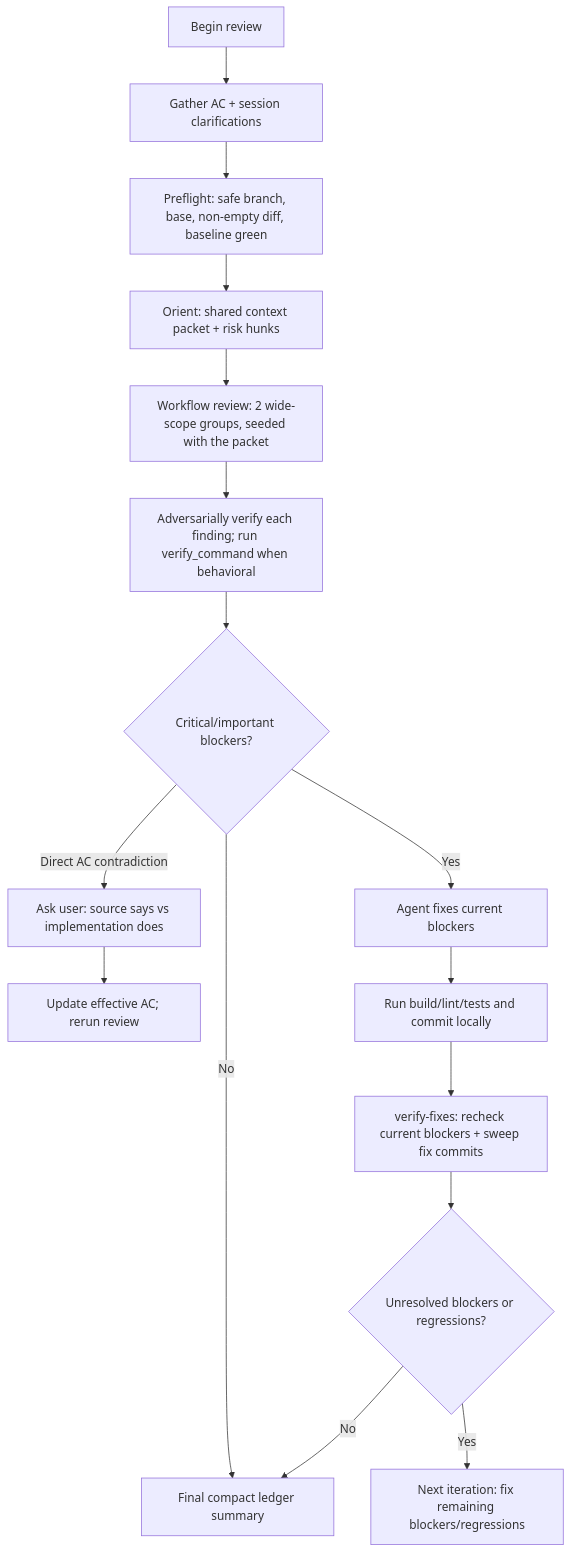
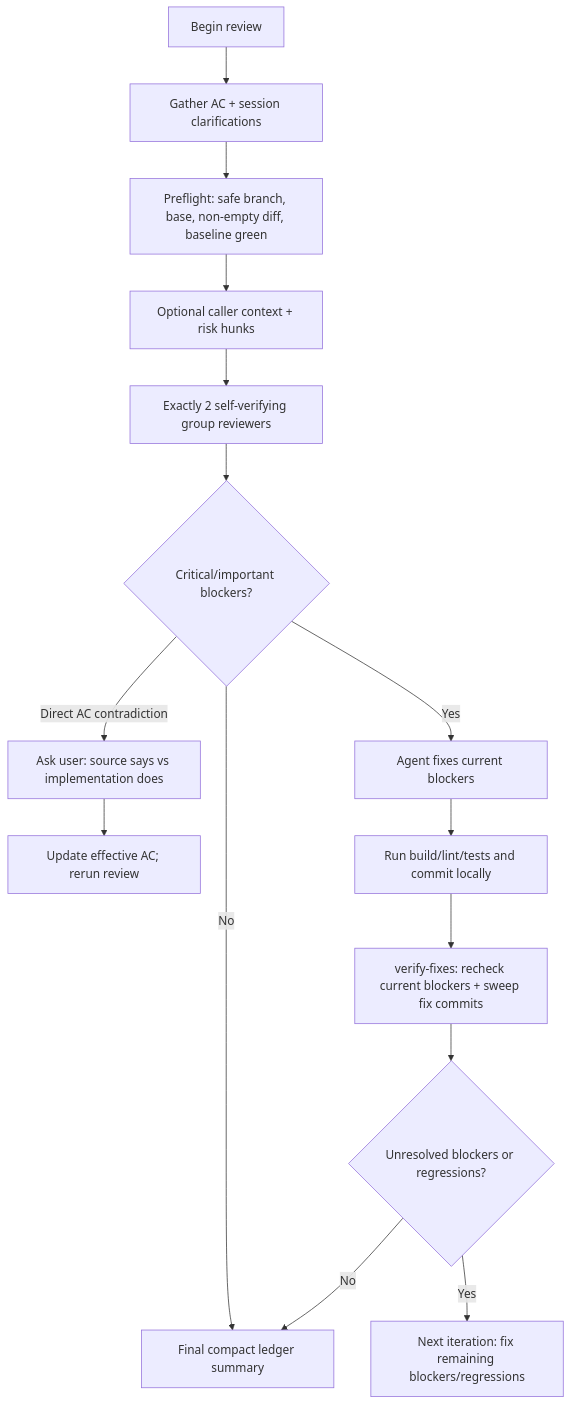
Before and after one commit to lzehrung/review-until-clean-odw: the diagram in README.md, drawn with Mermaid. The commit also changed other lines of this file and 3 other files, not shown here.

Commit message:
fix: constrain review workflow to two agents

````diff
--- a/README.md
+++ b/README.md
@@ -65,18 +67,17 @@
 ```mermaid
 flowchart TB
   S[Begin review] --> A[Gather AC + session clarifications]
   A --> B[Preflight: safe branch, base, non-empty diff, baseline green]
-  B --> C[Orient: shared context packet + risk hunks]
-  C --> C2[Workflow review: 2 wide-scope groups, seeded with the packet]
-  C2 --> D[Adversarially verify each finding; run verify_command when behavioral]
+  B --> C[Optional caller context + risk hunks]
+  C --> D[Exactly 2 self-verifying group reviewers]
   D --> E{Critical/important blockers?}
   E -- No --> Z[Final compact ledger summary]
   E -- Direct AC contradiction --> H[Ask user: source says vs implementation does]
   H --> H2[Update effective AC; rerun review]
   E -- Yes --> F[Agent fixes current blockers]
   F --> G[Run build/lint/tests and commit locally]
   G --> I[verify-fixes: recheck current blockers + sweep fix commits]
   I --> J{Unresolved blockers or regressions?}
   J -- Yes --> K[Next iteration: fix remaining blockers/regressions]
   J -- No --> Z
 ```
````
